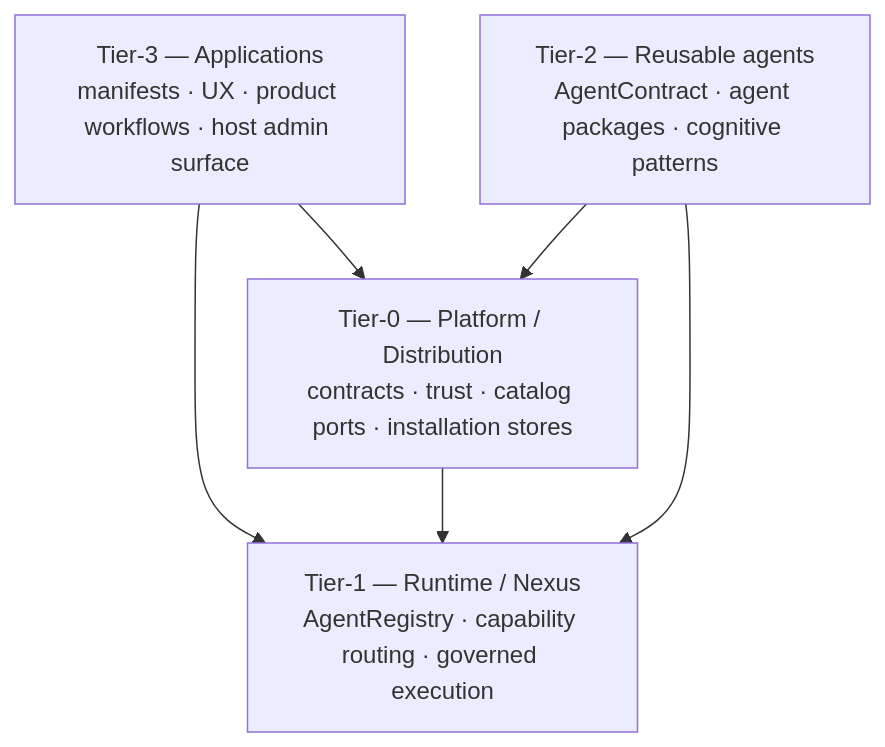
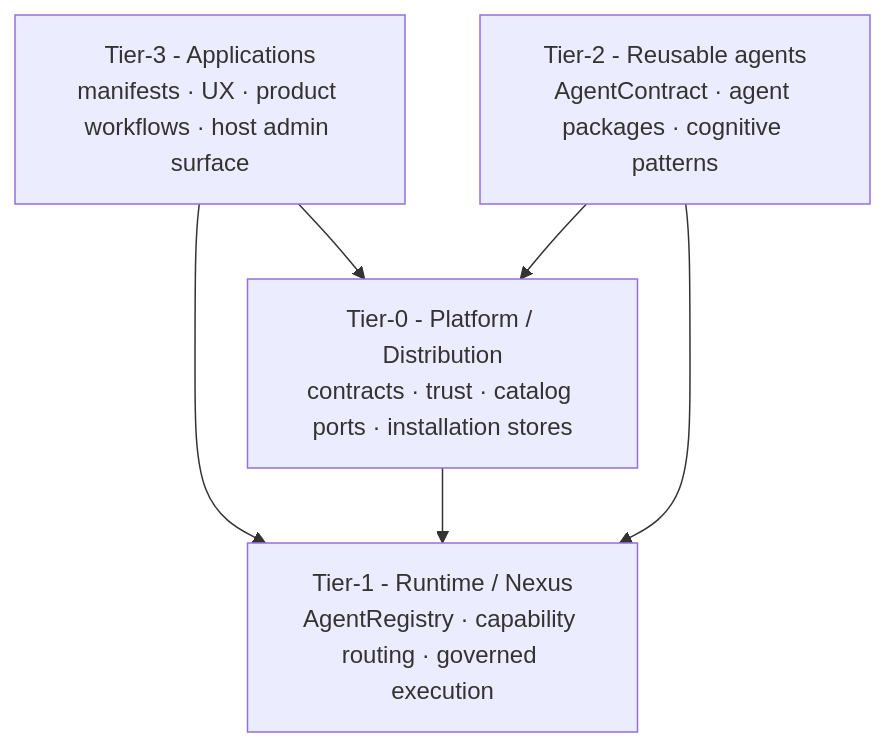
One commit to jakbuczarnecki/intergrax changed the third of 24 diagrams in docs/project/overview/AGENT_MARKETPLACE.md. Above: the diagram before and after it, drawn with Mermaid. The commit also changed other lines of this file and 863 other files, not shown here.

````diff
--- a/docs/project/overview/AGENT_MARKETPLACE.md
+++ b/docs/project/overview/AGENT_MARKETPLACE.md
@@ -97,13 +97,13 @@
 ```mermaid
 flowchart TB
-    T0["Tier-0 — Platform / Distribution\ncontracts · trust · catalog ports · installation stores"]
-    T1["Tier-1 — Runtime / Nexus\nAgentRegistry · capability routing · governed execution"]
-    T2["Tier-2 — Reusable agents\nAgentContract · agent packages · cognitive patterns"]
-    T3["Tier-3 — Applications\nmanifests · UX · product workflows · host admin surface"]
+    T0["Tier-0 - Platform / Distribution\ncontracts · trust · catalog ports · installation stores"]
+    T1["Tier-1 - Runtime / Nexus\nAgentRegistry · capability routing · governed execution"]
+    T2["Tier-2 - Reusable agents\nAgentContract · agent packages · cognitive patterns"]
+    T3["Tier-3 - Applications\nmanifests · UX · product workflows · host admin surface"]
 
     T3 --> T0
     T3 --> T1
     T0 --> T1
     T2 --> T0
     T2 --> T1
 ```
````
